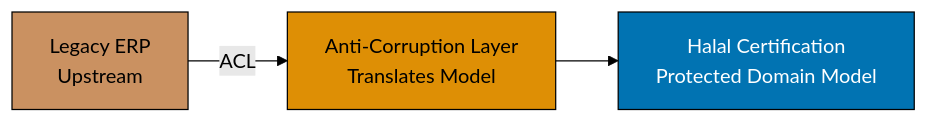
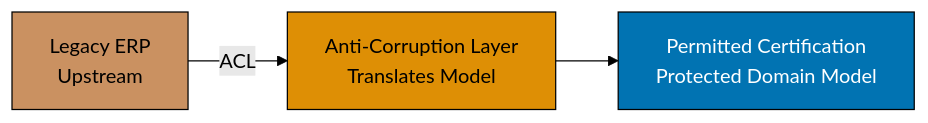
One commit to wahidyankf/open-sharia-enterprise changed the fifth of 16 diagrams in docs/explanation/software/architecture/domain-driven-design-ddd/ex-so-ar-dodrdedd__04-context-mapping.md. Above: the diagram before and after it, drawn with Mermaid (forest theme). The commit also changed other lines of this file and 94 other files, not shown here.

````diff
--- a/docs/explanation/software/architecture/domain-driven-design-ddd/ex-so-ar-dodrdedd__04-context-mapping.md
+++ b/docs/explanation/software/architecture/domain-driven-design-ddd/ex-so-ar-dodrdedd__04-context-mapping.md
@@ -360,9 +360,9 @@
 ```mermaid
 graph LR
     LEG[Legacy ERP<br/>Upstream] -->|"ACL"| ACL[Anti-Corruption Layer<br/>Translates Model]
-    ACL --> HC[Halal Certification<br/>Protected Domain Model]
+    ACL --> HC[Permitted Certification<br/>Protected Domain Model]
 
     style LEG fill:#CA9161,stroke:#000,color:#000000
     style ACL fill:#DE8F05,stroke:#000,color:#000000
     style HC fill:#0173B2,stroke:#000,color:#FFFFFF
 ```
````
